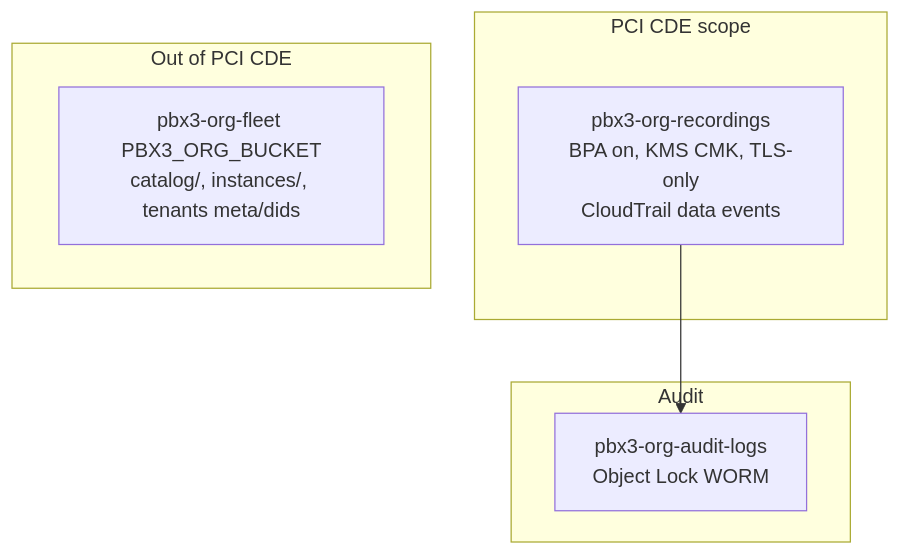
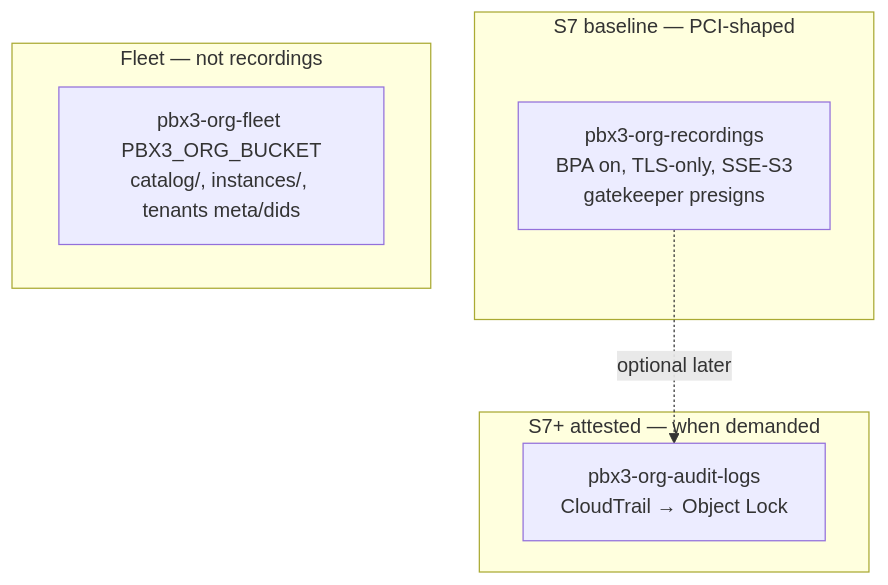
The fourth of 5 diagrams in pbx3-directory/docs/RECORDINGS_STORAGE_DESIGN.md (pbx3-oss/pbx3), drawn with Mermaid before and after one commit. The commit also changed other lines of this file and 3 other files, not shown here.

First line of the commit message:
docs(recordings): S7 as PCI-shaped baseline; attestation deferred to S7+

````diff
--- a/pbx3-directory/docs/RECORDINGS_STORAGE_DESIGN.md
+++ b/pbx3-directory/docs/RECORDINGS_STORAGE_DESIGN.md
@@ -407,13 +422,13 @@
 ```mermaid
 flowchart TB
-  subgraph pci [PCI CDE scope]
-    recBucket["pbx3-org-recordings<br/>BPA on, KMS CMK, TLS-only<br/>CloudTrail data events"]
+  subgraph s7 [S7 baseline — PCI-shaped]
+    recBucket["pbx3-org-recordings<br/>BPA on, TLS-only, SSE-S3<br/>gatekeeper presigns"]
   end
-  subgraph nonpci [Out of PCI CDE]
+  subgraph nonpci [Fleet — not recordings]
     fleetBucket["pbx3-org-fleet PBX3_ORG_BUCKET<br/>catalog/, instances/, tenants meta/dids"]
   end
-  subgraph audit [Audit]
-    auditBucket["pbx3-org-audit-logs<br/>Object Lock WORM"]
+  subgraph s7plus [S7+ attested — when demanded]
+    auditBucket["pbx3-org-audit-logs<br/>CloudTrail → Object Lock"]
   end
-  recBucket --> auditBucket
+  recBucket -.->|optional later| auditBucket
 ```
````
